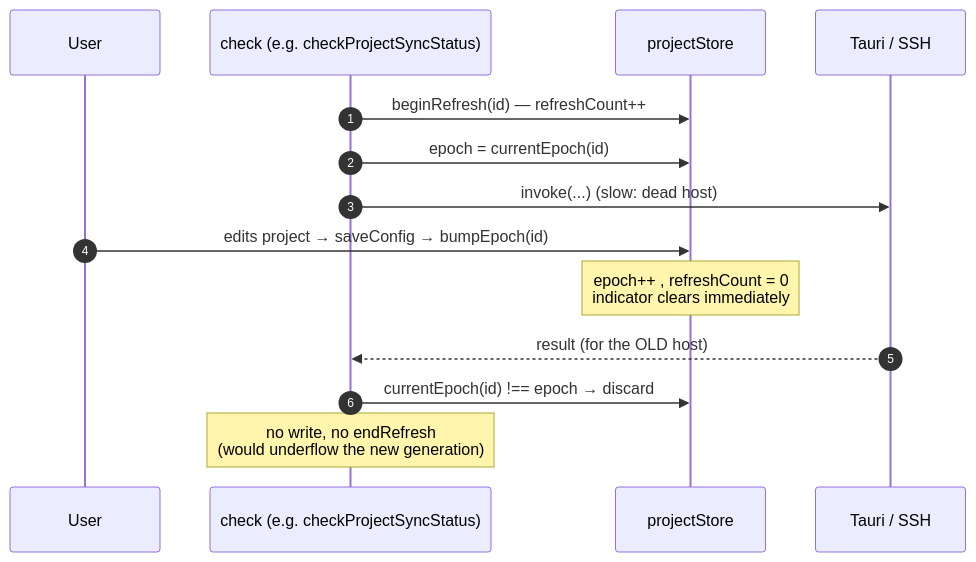
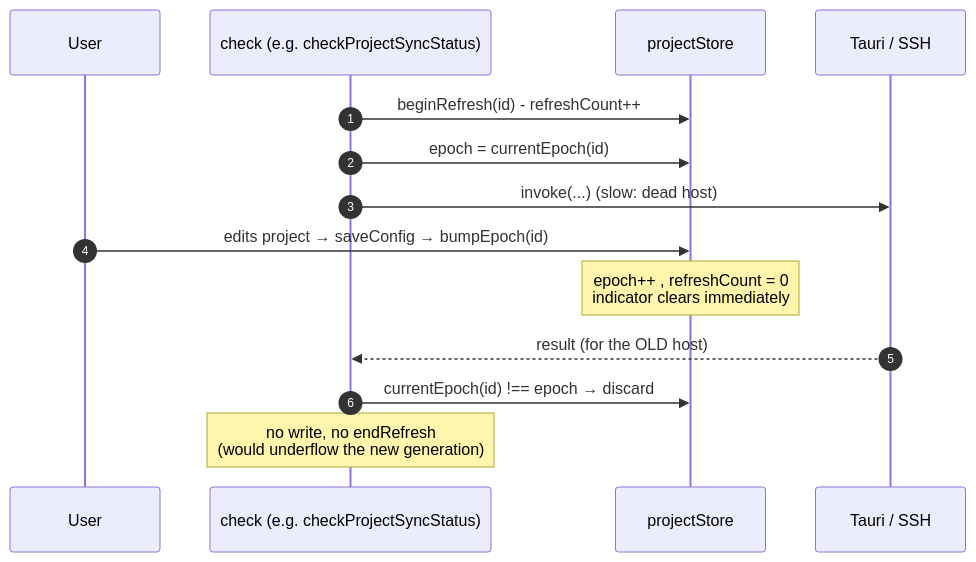
The second of 3 diagrams in docs/arch/refresh-controller.md (lacvietanh/aki-dev-sync), drawn with Mermaid before and after one commit. The commit also changed other lines of this file and 36 other files, not shown here.

Commit message:
docs(ref): add multi-instance AGY CLI discovery research and update architecture docs

````diff
--- a/docs/arch/refresh-controller.md
+++ b/docs/arch/refresh-controller.md
@@ -95,17 +95,17 @@
 ```mermaid
 sequenceDiagram
     autonumber
     participant U as User
     participant C as check (e.g. checkProjectSyncStatus)
     participant S as projectStore
     participant T as Tauri / SSH
 
-    C->>S: beginRefresh(id) — refreshCount++
+    C->>S: beginRefresh(id) - refreshCount++
     C->>S: epoch = currentEpoch(id)
     C->>T: invoke(...)  (slow: dead host)
     U->>S: edits project → saveConfig → bumpEpoch(id)
     Note over S: epoch++ , refreshCount = 0<br/>indicator clears immediately
     T-->>C: result (for the OLD host)
     C->>S: currentEpoch(id) !== epoch → discard
     Note over C: no write, no endRefresh<br/>(would underflow the new generation)
 ```
````
